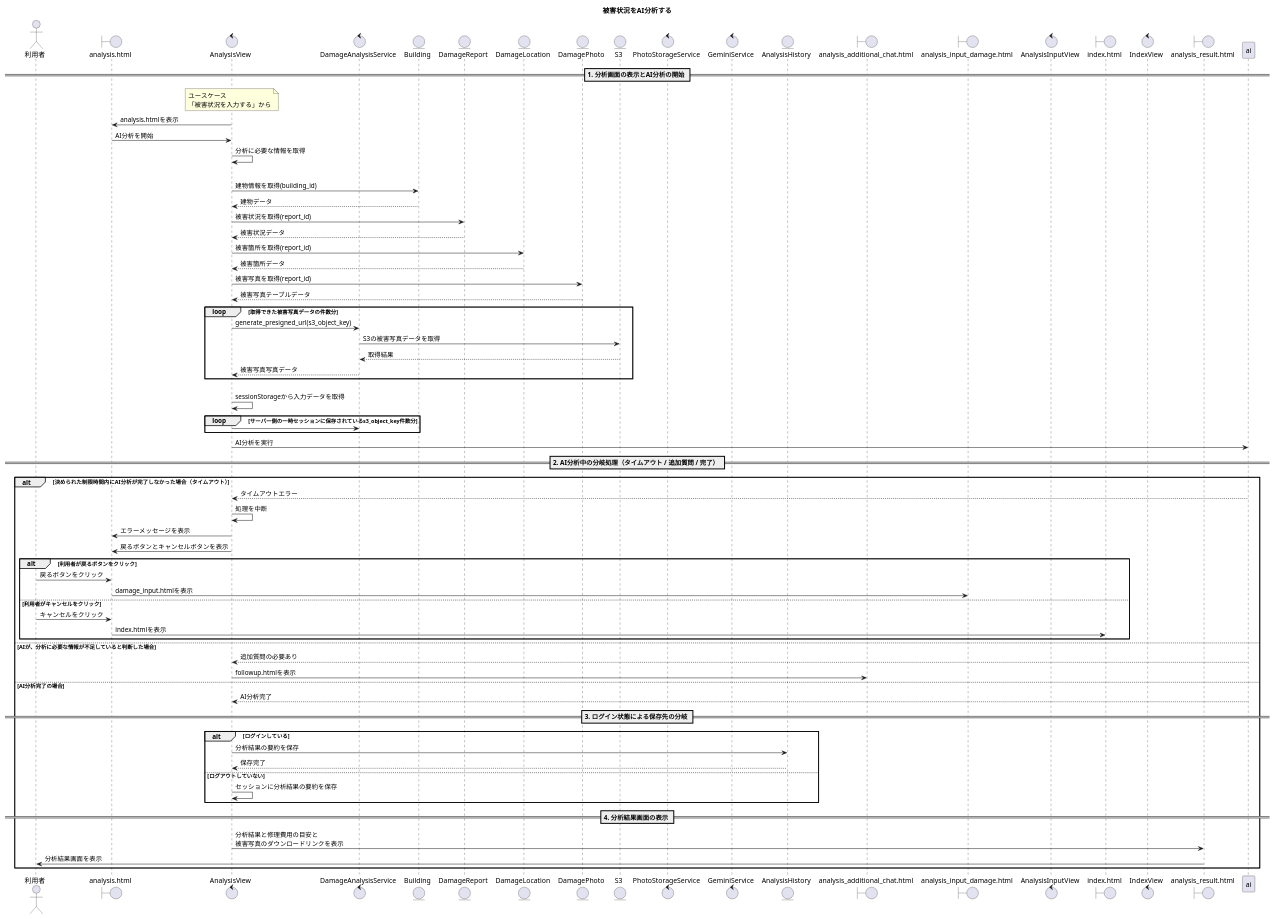
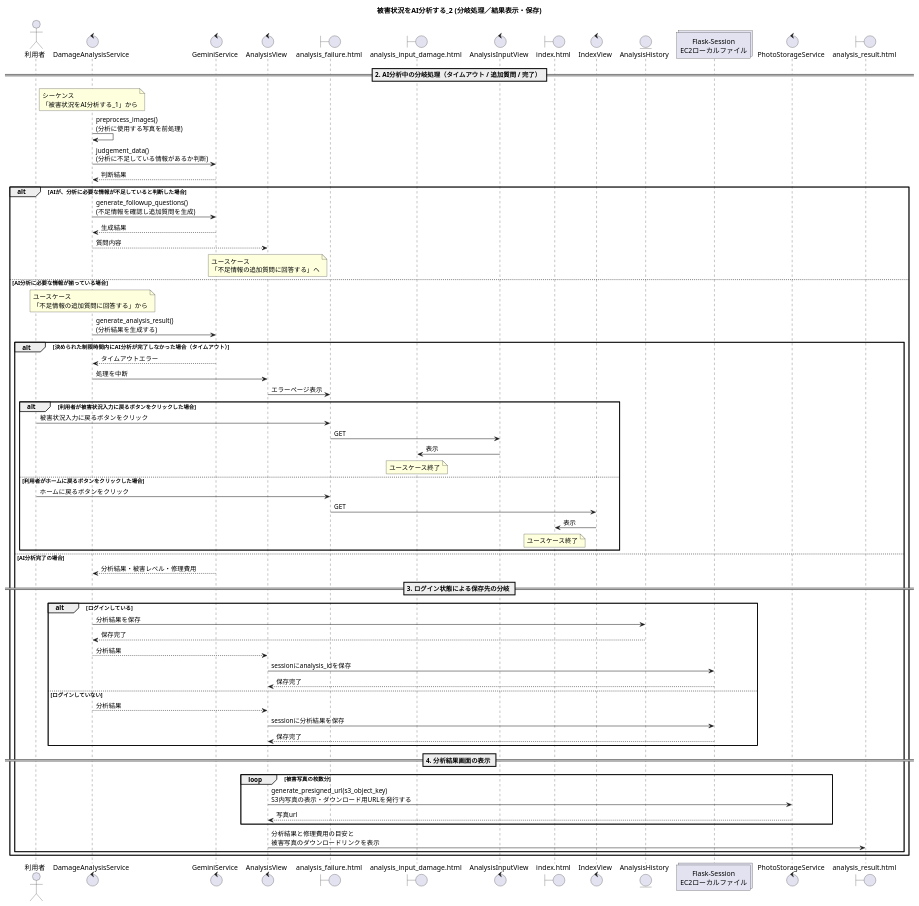
One commit to Kotarou-Tanoue/tanouesoftware changed the seventh of 17 diagrams in 20_システム設計書/図24_シーケンス.puml. Above: the diagram before and after it, drawn with PlantUML. The commit also changed other lines of this file and 3 other files, not shown here.

```diff
--- a/20_システム設計書/図24_シーケンス.puml
+++ b/20_システム設計書/図24_シーケンス.puml
@@ -333,87 +393,75 @@
-@startuml 被害状況をAI分析する
-    title 被害状況をAI分析する
+@startuml 被害状況をAI分析する_2
+    title 被害状況をAI分析する_2 (分岐処理／結果表示・保存)
 
     actor "利用者" as a1
-    boundary "analysis.html" as b1
+    control "DamageAnalysisService" as s1
+    control "GeminiService" as s2
     control "AnalysisView" as c1
-    control "DamageAnalysisService" as s1
-    entity "Building" as e1
-    entity "DamageReport" as e2
-    entity "DamageLocation" as e3
-    entity "DamagePhoto" as e4
-    entity "S3" as S3
-    control "PhotoStorageService" as s2
-    control "GeminiService" as s3
-    entity "AnalysisHistory" as e5
-    boundary "analysis_additional_chat.html" as b2
-    boundary "analysis_input_damage.html" as b3
+    boundary "analysis_failure.html" as b1
+    boundary "analysis_input_damage.html" as b2
     control "AnalysisInputView" as c2
-    boundary "index.html" as b4
+    boundary "index.html" as b3
     control "IndexView" as c3
-    boundary "analysis_result.html" as b5
-
-
-    == 1. 分析画面の表示とAI分析の開始 ==
-    note over c1 : ユースケース\n「被害状況を入力する」から
-    c1 -> b1 : analysis.htmlを表示
-    b1 -> c1 : AI分析を開始
-    c1 -> c1 : 分析に必要な情報を取得
-    alt ログインしている
-        c1 -> e1 : 建物情報を取得(building_id)
-        e1 --> c1 : 建物データ
-        c1 -> e2 : 被害状況を取得(report_id)
-        e2 --> c1 : 被害状況データ
-        c1 -> e3 : 被害箇所を取得(report_id)
-        e3 --> c1 : 被害箇所データ
-        c1 -> e4 : 被害写真を取得(report_id)
-        e4 --> c1 : 被害写真テーブルデータ
-        loop 取得できた被害写真データの件数分
-            c1 -> s1 : generate_presigned_url(s3_object_key)
-            s1 -> S3 : S3の被害写真データを取得
-            S3 --> s1 : 取得結果
-            s1 --> c1 : 被害写真写真データ
-        end
-    else ログインしていない
-        c1 -> c1 : sessionStorageから入力データを取得
-        loop サーバー側の一時セッションに保存されているs3_object_key件数分
-        c1 -> s1 :
-    end
-    c1 -> ai : AI分析を実行
+    entity "AnalysisHistory" as e1
+    collections "Flask-Session\nEC2ローカルファイル" as sess
+    control "PhotoStorageService" as s3
+    boundary "analysis_result.html" as b4
 
     == 2. AI分析中の分岐処理（タイムアウト / 追加質問 / 完了） ==
+    note over s1 : シーケンス\n「被害状況をAI分析する_1」から
+    s1 -> s1 : preprocess_images() \n(分析に使用する写真を前処理)
+    s1 -> s2 : judgement_data() \n(分析に不足している情報があるか判断)
+    s2 --> s1 : 判断結果
+
+    alt AIが、分析に必要な情報が不足していると判断した場合
+    s1 -> s2 : generate_followup_questions() \n(不足情報を確認し追加質問を生成)
+    s2 --> s1 : 生成結果
+    s1 --> c1 : 質問内容
+    note over c1 : ユースケース\n「不足情報の追加質問に回答する」へ
+    else AI分析に必要な情報が揃っている場合
+    note over s1 : ユースケース\n「不足情報の追加質問に回答する」から
+    s1 -> s2 : generate_analysis_result() \n(分析結果を生成する)
 
     alt 決められた制限時間内にAI分析が完了しなかった場合（タイムアウト）
-        ai --> c1 : タイムアウトエラー
-        c1 -> c1 : 処理を中断
-        c1 -> b1 : エラーメッセージを表示
-        c1 -> b1 : 戻るボタンとキャンセルボタンを表示
+        s2 --> s1 : タイムアウトエラー
+        s1 -> c1 : 処理を中断
+        c1 -> b1 : エラーページ表示
 
-        alt 利用者が戻るボタンをクリック
-            a1 -> b1 : 戻るボタンをクリック
-            b1 -> b3 : damage_input.htmlを表示
-        else 利用者がキャンセルをクリック
-            a1 -> b1 : キャンセルをクリック
-            b1 -> b4 : index.htmlを表示
+        alt 利用者が被害状況入力に戻るボタンをクリックした場合
+            a1 -> b1 : 被害状況入力に戻るボタンをクリック
+            b1 -> c2 : GET
+            c2 -> b2 : 表示
+            note over b2 : ユースケース終了
+        else 利用者がホームに戻るボタンをクリックした場合
+            a1 -> b1 : ホームに戻るボタンをクリック
+            b1 -> c3 : GET
+            c3 -> b3 : 表示
+            note over b3 : ユースケース終了
         end
 
-    else AIが、分析に必要な情報が不足していると判断した場合
-        ai --> c1 : 追加質問の必要あり
-        c1 -> b2 : followup.htmlを表示
-
     else AI分析完了の場合
-        ai --> c1 : AI分析完了
+        s2 --> s1 : 分析結果・被害レベル・修理費用
 
         == 3. ログイン状態による保存先の分岐 ==
         alt ログインしている
-            c1 -> e5 : 分析結果の要約を保存
-            e5 --> c1 : 保存完了
-        else ログアウトしていない
-            c1 -> c1 : セッションに分析結果の要約を保存
+            s1 -> e1 : 分析結果を保存
+            e1 --> s1 : 保存完了
+            s1 --> c1 : 分析結果
+            c1 -> sess : sessionにanalysis_idを保存
+            sess --> c1 : 保存完了
+        else ログインしていない
+            s1 --> c1 : 分析結果
+            c1 -> sess : sessionに分析結果を保存
+            sess --> c1 : 保存完了
         end
 
         == 4. 分析結果画面の表示 ==
-        c1 -> b5 : 分析結果と修理費用の目安と\n被害写真のダウンロードリンクを表示
-        b5 -> a1 : 分析結果画面を表示
+        loop 被害写真の枚数分
+            c1 -> s3 : generate_presigned_url(s3_object_key) \nS3内写真の表示・ダウンロード用URLを発行する
+            s3 --> c1 : 写真url
+        end
+        c1 -> b4 : 分析結果と修理費用の目安と\n被害写真のダウンロードリンクを表示
+    end
     end
 
 @enduml
```
